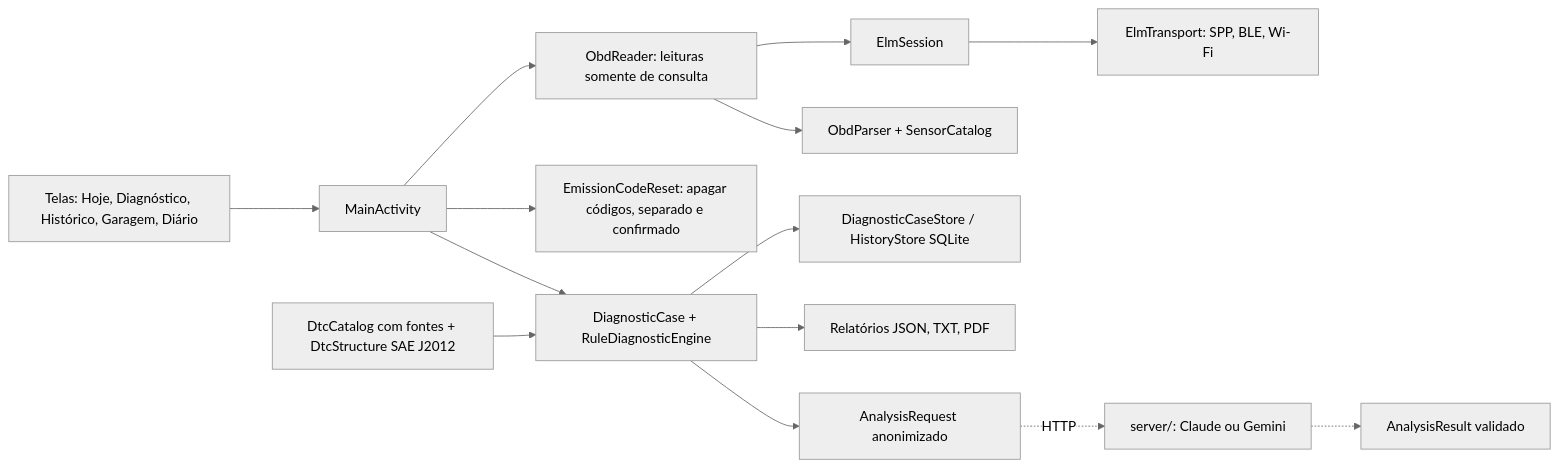
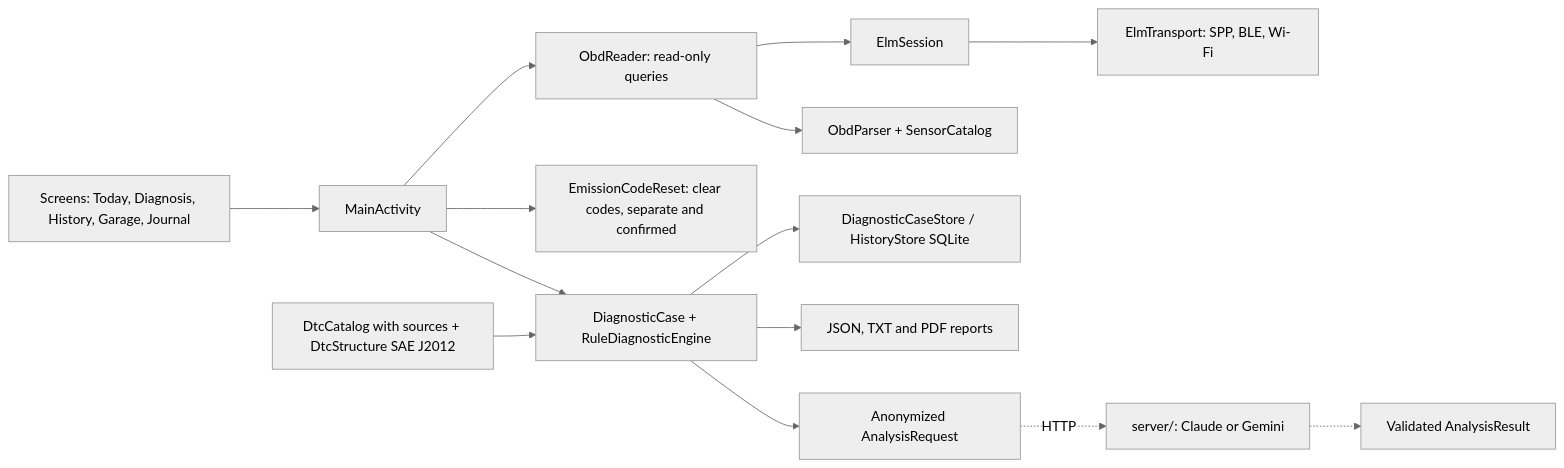
The diagram in README.md (YagoBorba/BorbaCarLabs), drawn with Mermaid (neutral theme) before and after one commit. The commit also changed other lines of this file, not shown here.

Commit message:
docs: rewrite README in English with features, architecture and setup

````diff
--- a/README.md
+++ b/README.md
@@ -29,14 +99,14 @@
 ```mermaid
 flowchart LR
-    UI[Telas: Hoje, Diagnóstico, Histórico, Garagem, Diário] --> MA[MainActivity]
-    MA --> OR[ObdReader: leituras somente de consulta]
-    MA --> EC[EmissionCodeReset: apagar códigos, separado e confirmado]
+    UI[Screens: Today, Diagnosis, History, Garage, Journal] --> MA[MainActivity]
+    MA --> OR[ObdReader: read-only queries]
+    MA --> EC[EmissionCodeReset: clear codes, separate and confirmed]
     OR --> ES[ElmSession] --> T[ElmTransport: SPP, BLE, Wi-Fi]
     OR --> P[ObdParser + SensorCatalog]
     MA --> DC[DiagnosticCase + RuleDiagnosticEngine]
-    K[DtcCatalog com fontes + DtcStructure SAE J2012] --> DC
+    K[DtcCatalog with sources + DtcStructure SAE J2012] --> DC
     DC --> H[DiagnosticCaseStore / HistoryStore SQLite]
-    DC --> R[Relatórios JSON, TXT, PDF]
-    DC --> AR[AnalysisRequest anonimizado] -.HTTP.-> S[server/: Claude ou Gemini]
-    S -.-> AV[AnalysisResult validado]
+    DC --> R[JSON, TXT and PDF reports]
+    DC --> AR[Anonymized AnalysisRequest] -.HTTP.-> S[server/: Claude or Gemini]
+    S -.-> AV[Validated AnalysisResult]
 ```
````
